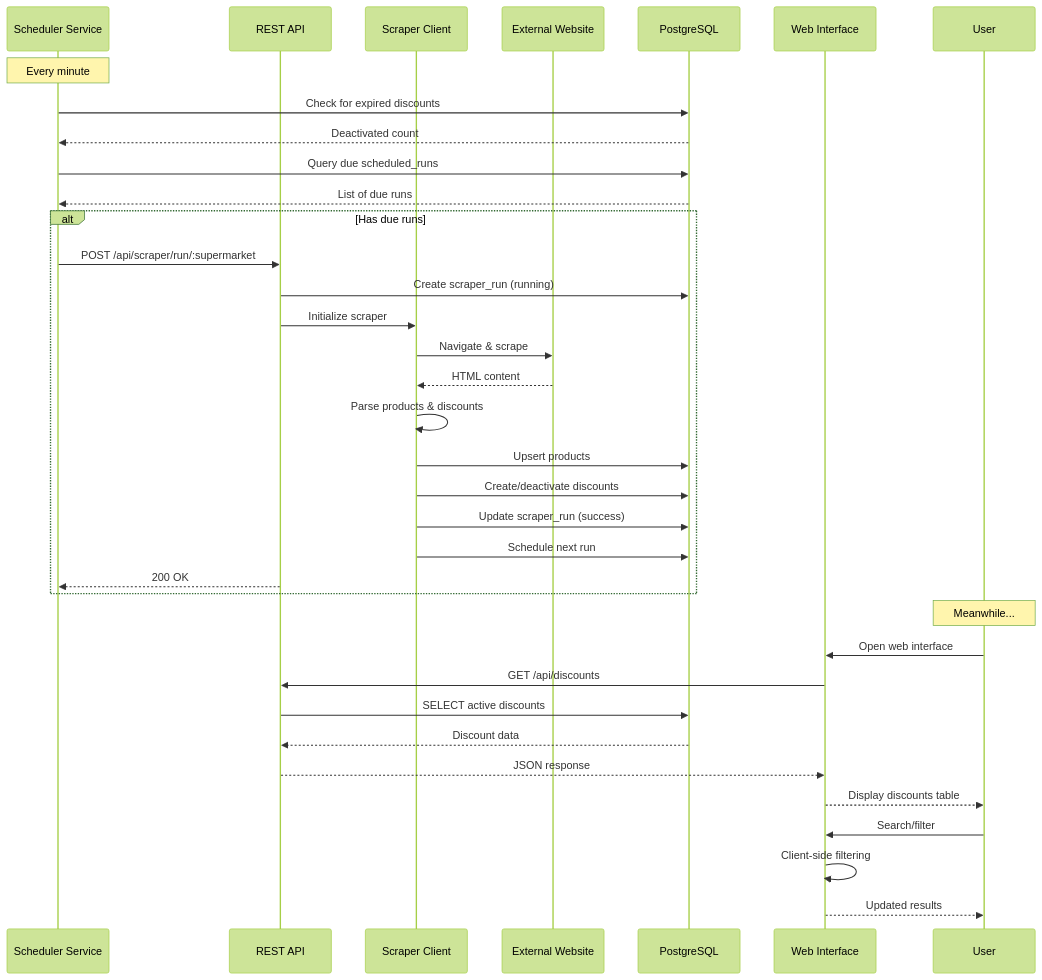
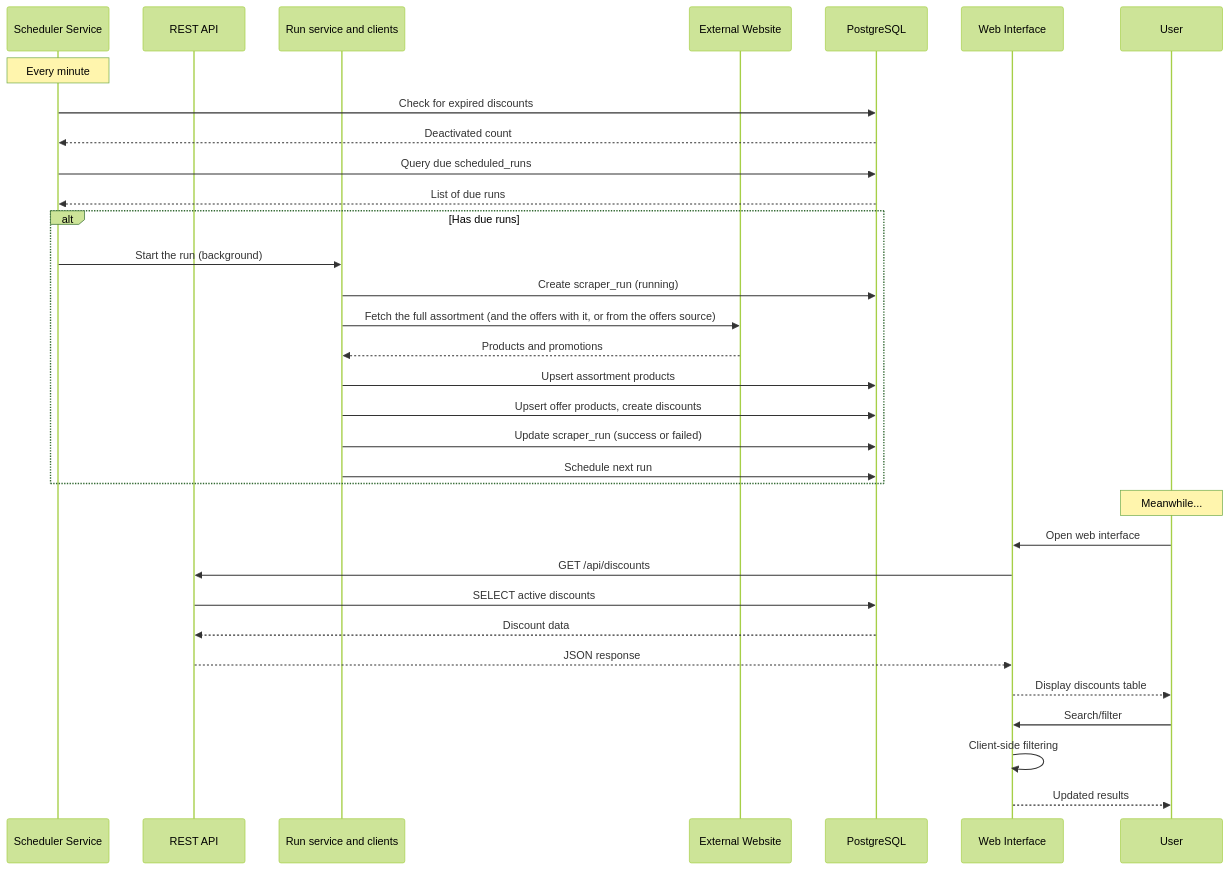
Before and after one commit to shelly-nas/supermarket-scraper: the first of 2 diagrams in docs/functional/operations.md, drawn with Mermaid (forest theme). The commit also changed 41 other files, not shown here.

````diff
--- a/docs/functional/operations.md
+++ b/docs/functional/operations.md
@@ -78,42 +78,39 @@
 ```mermaid
 sequenceDiagram
     participant S as Scheduler Service
     participant API as REST API
-    participant SC as Scraper Client
+    participant SC as Run service and clients
     participant EXT as External Website
     participant DB as PostgreSQL
     participant WEB as Web Interface
     participant USER as User
 
     Note over S: Every minute
     S->>DB: Check for expired discounts
     DB-->>S: Deactivated count
     S->>DB: Query due scheduled_runs
     DB-->>S: List of due runs
 
     alt Has due runs
-        S->>API: POST /api/scraper/run/:supermarket
-        API->>DB: Create scraper_run (running)
-        API->>SC: Initialize scraper
-        SC->>EXT: Navigate & scrape
-        EXT-->>SC: HTML content
-        SC->>SC: Parse products & discounts
-        SC->>DB: Upsert products
-        SC->>DB: Create/deactivate discounts
-        SC->>DB: Update scraper_run (success)
+        S->>SC: Start the run (background)
+        SC->>DB: Create scraper_run (running)
+        SC->>EXT: Fetch the full assortment (and the offers with it, or from the offers source)
+        EXT-->>SC: Products and promotions
+        SC->>DB: Upsert assortment products
+        SC->>DB: Upsert offer products, create discounts
+        SC->>DB: Update scraper_run (success or failed)
         SC->>DB: Schedule next run
-        API-->>S: 200 OK
     end
 
     Note over USER: Meanwhile...
     USER->>WEB: Open web interface
     WEB->>API: GET /api/discounts
     API->>DB: SELECT active discounts
     DB-->>API: Discount data
     API-->>WEB: JSON response
     WEB-->>USER: Display discounts table
 
     USER->>WEB: Search/filter
     WEB->>WEB: Client-side filtering
     WEB-->>USER: Updated results
 ```
````
